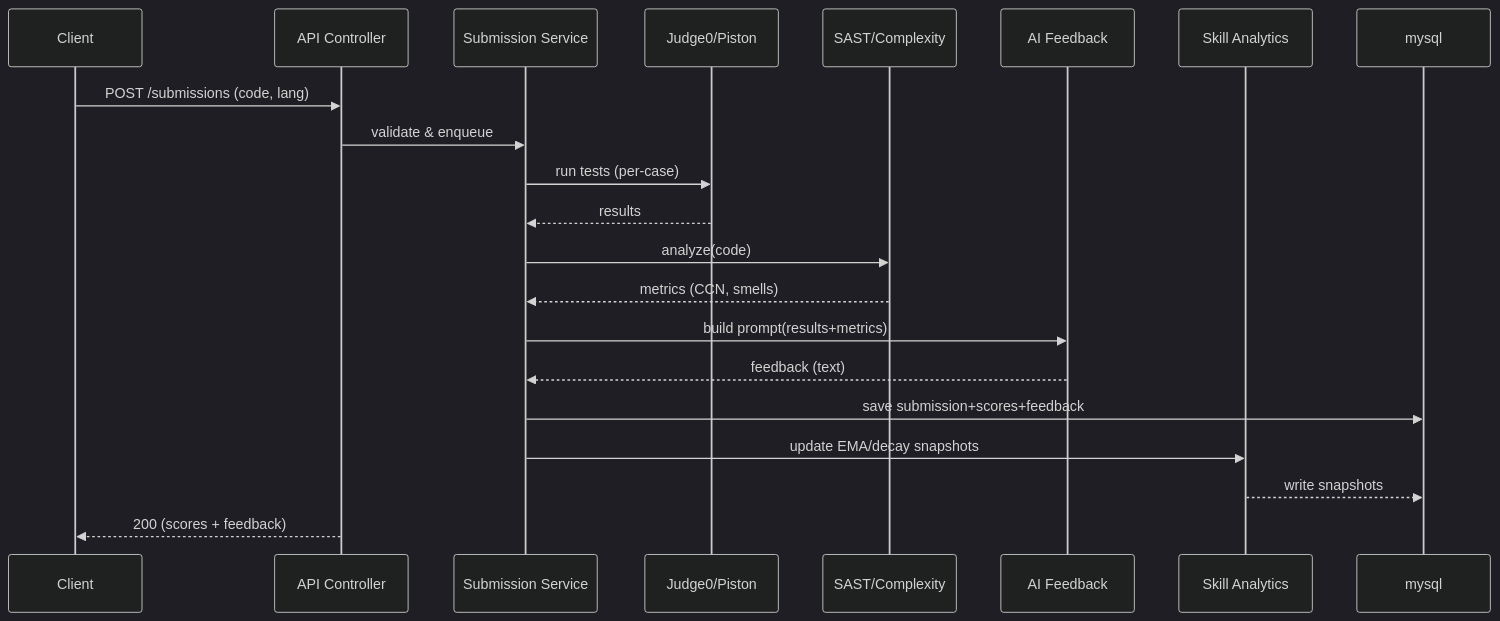
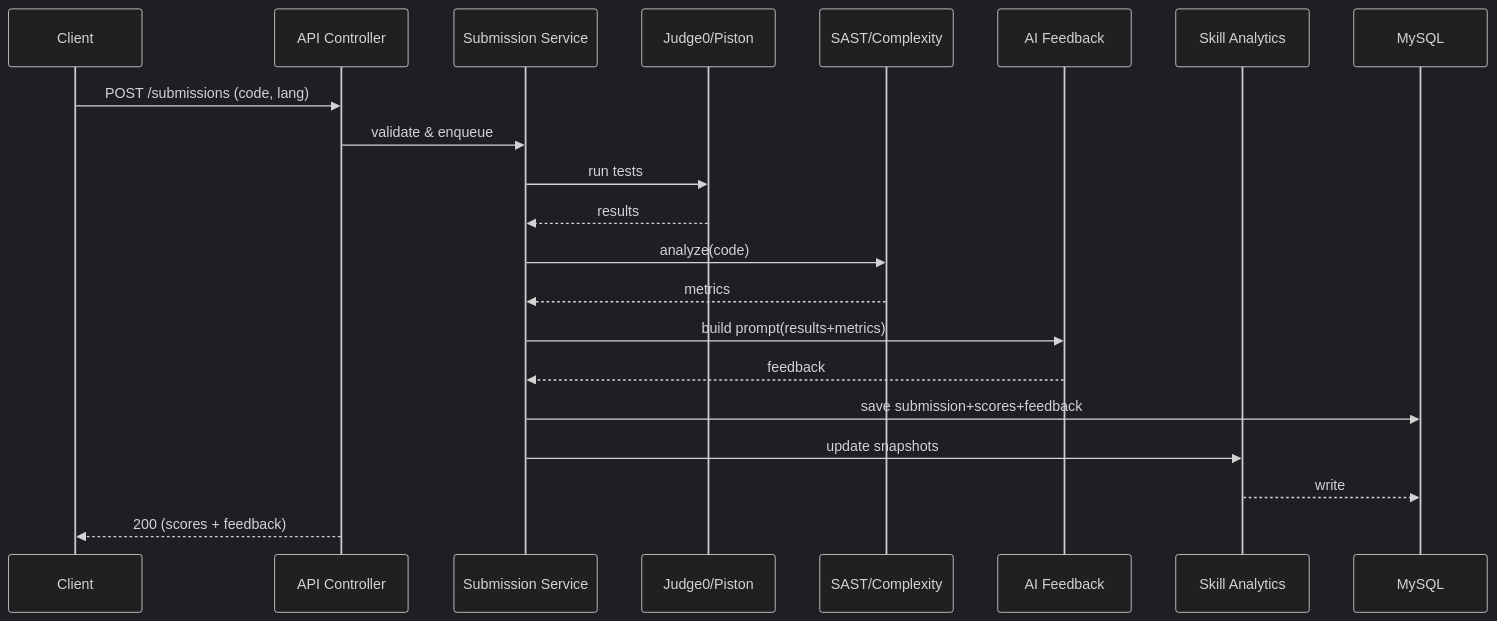
The third of 3 diagrams in README.md (nguyentrongduc2005/APSAS_BE), drawn with Mermaid (dark theme) before and after one commit. The commit also changed other lines of this file, not shown here.

````diff
--- a/README.md
+++ b/README.md
@@ -92,24 +83,25 @@
 ```mermaid
 sequenceDiagram
   participant U as Client
   participant API as API Controller
   participant Sub as Submission Service
   participant J as Judge0/Piston
   participant SA as SAST/Complexity
   participant AI as AI Feedback
   participant SK as Skill Analytics
-  participant DB as mysql
+  participant DB as MySQL
 
   U->>API: POST /submissions (code, lang)
   API->>Sub: validate & enqueue
-  Sub->>J: run tests (per-case)
+  Sub->>J: run tests
   J-->>Sub: results
   Sub->>SA: analyze(code)
-  SA-->>Sub: metrics (CCN, smells)
+  SA-->>Sub: metrics
   Sub->>AI: build prompt(results+metrics)
-  AI-->>Sub: feedback (text)
+  AI-->>Sub: feedback
   Sub->>DB: save submission+scores+feedback
-  Sub->>SK: update EMA/decay snapshots
-  SK-->>DB: write snapshots
+  Sub->>SK: update snapshots
+  SK-->>DB: write
   API-->>U: 200 (scores + feedback)
+
 ```
````
